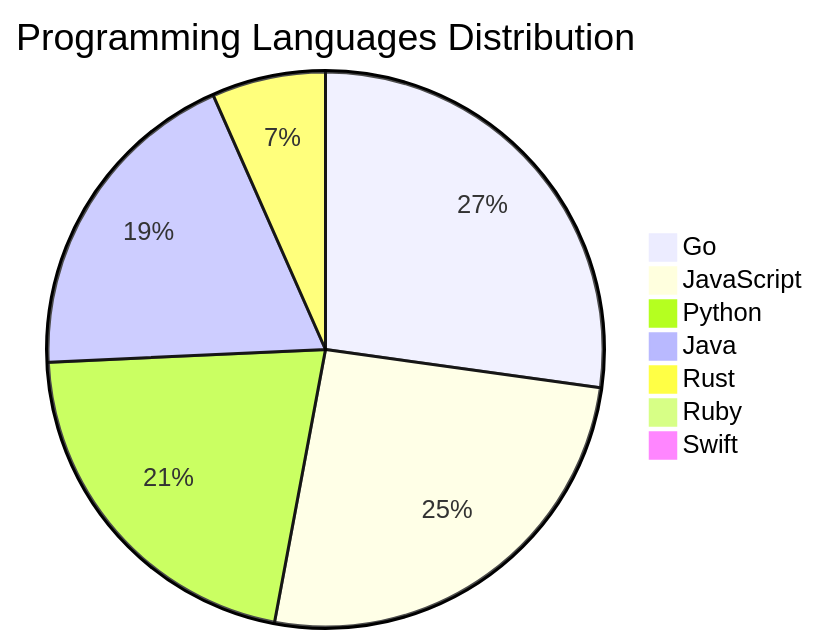
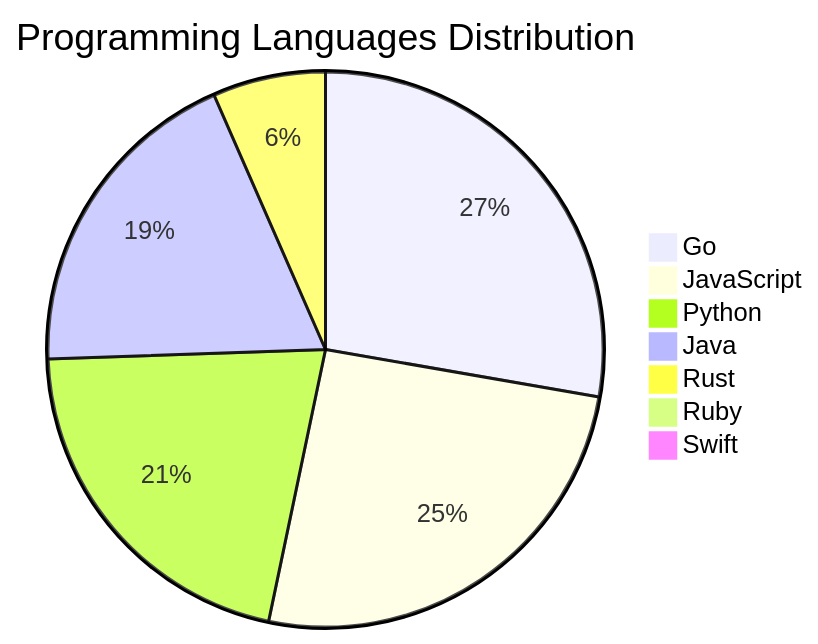
One commit to Derrick-MUGISHA/github-activity-bot changed the diagram in README.md. Above: the diagram before and after it, drawn with Mermaid. The commit also changed other lines of this file and 4 other files, not shown here.

````diff
--- a/README.md
+++ b/README.md
@@ -207,10 +207,10 @@
 ```mermaid
 pie title Programming Languages Distribution
-    "Go" : 37
+    "Go" : 38
     "JavaScript" : 35
     "Python" : 29
     "Java" : 26
     "Rust" : 9
     "Ruby" : 1
     "Swift" : 1
 ```
````
